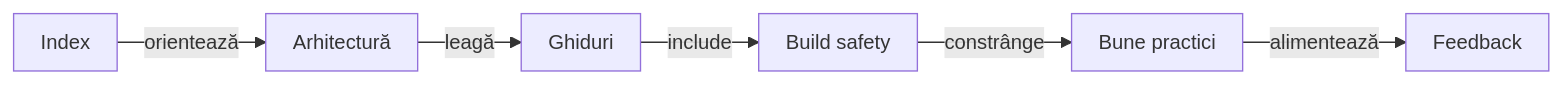
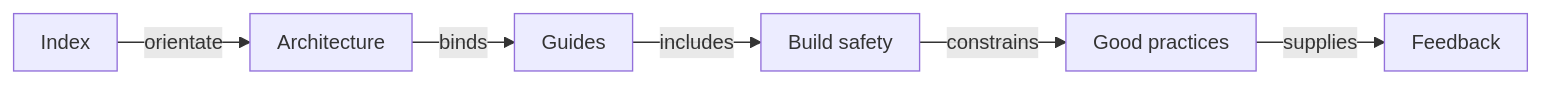
One commit to crististefanita/atf_j0 changed the diagram in docs/README.md. Above: the diagram before and after it, drawn with Mermaid. The commit also changed other lines of this file and 113 other files, not shown here.

````diff
--- a/docs/README.md
+++ b/docs/README.md
@@ -51,9 +52,9 @@
 ```mermaid
 %%{init: {"themeVariables":{"fontSize":"15px"},"themeCSS":".nodeLabel, .nodeLabel p { font-size: 15px !important; line-height: 1.35 !important; } .edgeLabel, .edgeLabel p { font-size: 12px !important; font-weight: 400 !important; line-height: 1.2 !important; } .edgeLabel .labelBkg, .edgeLabel p { background: transparent !important; } .edgeLabel foreignObject { transform: translateY(-18px); overflow: visible; } .node rect { rx: 6px; ry: 6px; }","flowchart":{"curve":"linear","nodeSpacing":24,"rankSpacing":40,"padding":10,"diagramPadding":16}}}%%
 flowchart LR
-    Docs["Index"] -->|orientează| Architecture["Arhitectură"]
-    Architecture -->|leagă| Guides["Ghiduri"]
-    Guides -->|include| Safety["Build safety"]
-    Safety -->|constrânge| Practices["Bune practici"]
-    Practices -->|alimentează| Feedback["Feedback"]
+    Docs["Index"] -->|orientate| Architecture["Architecture"]
+    Architecture -->|binds| Guides["Guides"]
+    Guides -->|includes| Safety["Build safety"]
+    Safety -->|constrains| Practices["Good practices"]
+    Practices -->|supplies| Feedback["Feedback"]
 ```
````
